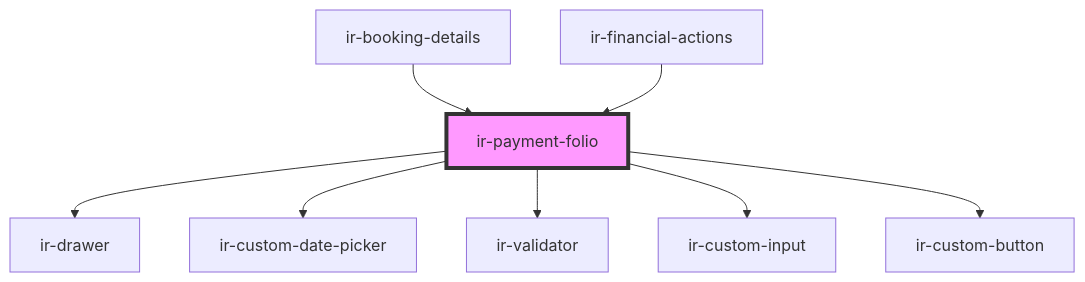
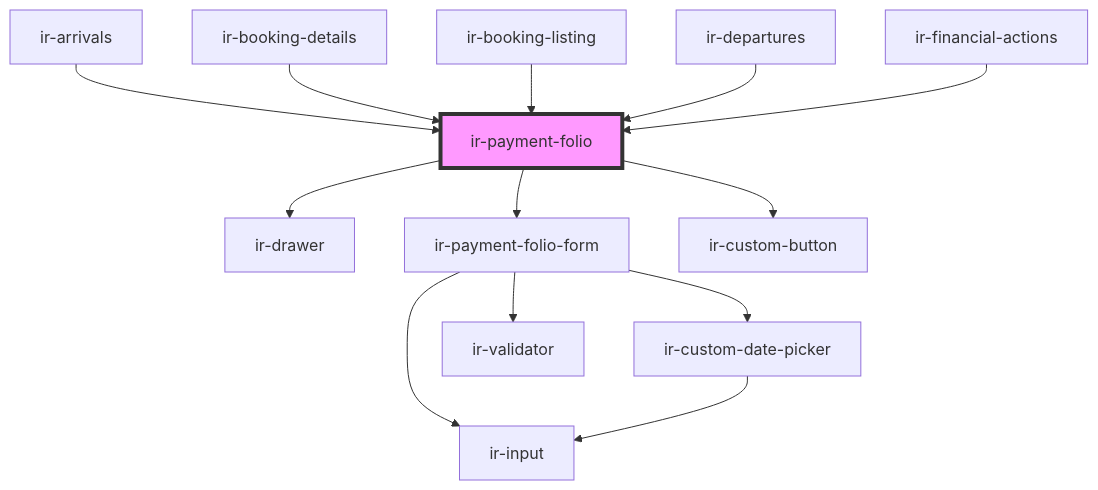
The diagram in src/components/ir-booking-details/ir-payment-details/ir-payment-folio/readme.md (RonyRizk/ir-webcmp), drawn with Mermaid before and after one commit. The commit also changed other lines of this file and 433 other files, not shown here.

Commit message:
Arrivals / Departures new screens

````diff
--- a/src/components/ir-booking-details/ir-payment-details/ir-payment-folio/readme.md
+++ b/src/components/ir-booking-details/ir-payment-details/ir-payment-folio/readme.md
@@ -66,11 +69,16 @@
 ```mermaid
 graph TD;
   ir-payment-folio --> ir-drawer
-  ir-payment-folio --> ir-custom-date-picker
-  ir-payment-folio --> ir-validator
-  ir-payment-folio --> ir-custom-input
+  ir-payment-folio --> ir-payment-folio-form
   ir-payment-folio --> ir-custom-button
+  ir-payment-folio-form --> ir-custom-date-picker
+  ir-payment-folio-form --> ir-validator
+  ir-payment-folio-form --> ir-input
+  ir-custom-date-picker --> ir-input
+  ir-arrivals --> ir-payment-folio
   ir-booking-details --> ir-payment-folio
+  ir-booking-listing --> ir-payment-folio
+  ir-departures --> ir-payment-folio
   ir-financial-actions --> ir-payment-folio
   style ir-payment-folio fill:#f9f,stroke:#333,stroke-width:4px
 ```
````
